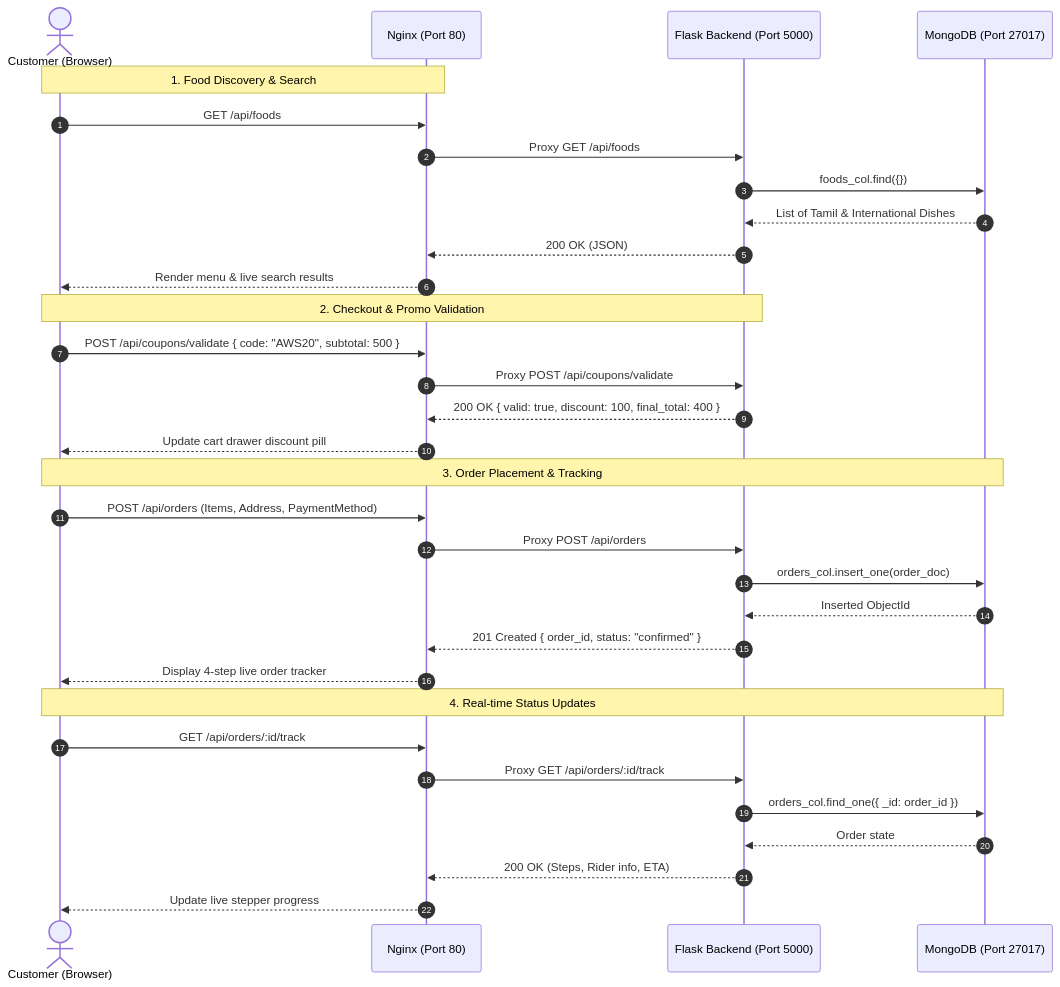
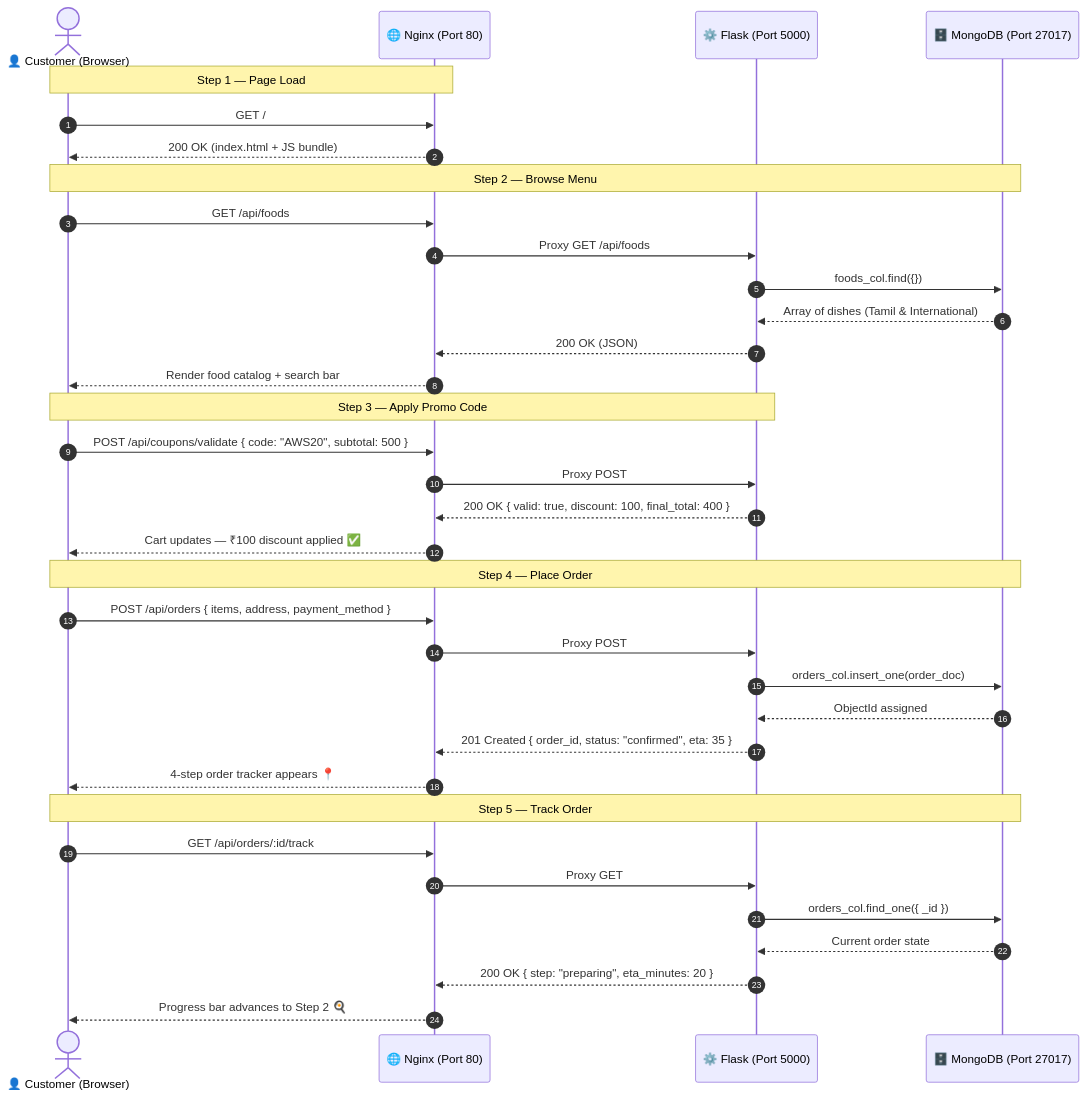
The second of 4 diagrams in SYSTEM_ARCHITECTURE.md (Luffy-44/DevOps_Project), drawn with Mermaid before and after one commit. The commit also changed other lines of this file, not shown here.

Commit message:
docs: rewrite SYSTEM_ARCHITECTURE.md — structured tiers, diagrams, tables, container map

````diff
--- a/SYSTEM_ARCHITECTURE.md
+++ b/SYSTEM_ARCHITECTURE.md
@@ -106,38 +190,42 @@
 ```mermaid
 sequenceDiagram
     autonumber
-    actor User as Customer (Browser)
-    participant Nginx as Nginx (Port 80)
-    participant Flask as Flask Backend (Port 5000)
-    participant Mongo as MongoDB (Port 27017)
+    actor User as 👤 Customer (Browser)
+    participant Nginx as 🌐 Nginx (Port 80)
+    participant Flask as ⚙️ Flask (Port 5000)
+    participant Mongo as 🗄️ MongoDB (Port 27017)
 
-    Note over User,Nginx: 1. Food Discovery & Search
+    Note over User,Nginx: Step 1 — Page Load
+    User->>Nginx: GET /
+    Nginx-->>User: 200 OK (index.html + JS bundle)
+
+    Note over User,Mongo: Step 2 — Browse Menu
     User->>Nginx: GET /api/foods
     Nginx->>Flask: Proxy GET /api/foods
     Flask->>Mongo: foods_col.find({})
-    Mongo-->>Flask: List of Tamil & International Dishes
+    Mongo-->>Flask: Array of dishes (Tamil & International)
     Flask-->>Nginx: 200 OK (JSON)
-    Nginx-->>User: Render menu & live search results
+    Nginx-->>User: Render food catalog + search bar
 
-    Note over User,Flask: 2. Checkout & Promo Validation
+    Note over User,Flask: Step 3 — Apply Promo Code
     User->>Nginx: POST /api/coupons/validate { code: "AWS20", subtotal: 500 }
-    Nginx->>Flask: Proxy POST /api/coupons/validate
+    Nginx->>Flask: Proxy POST
     Flask-->>Nginx: 200 OK { valid: true, discount: 100, final_total: 400 }
-    Nginx-->>User: Update cart drawer discount pill
+    Nginx-->>User: Cart updates — ₹100 discount applied ✅
 
-    Note over User,Mongo: 3. Order Placement & Tracking
-    User->>Nginx: POST /api/orders (Items, Address, PaymentMethod)
-    Nginx->>Flask: Proxy POST /api/orders
+    Note over User,Mongo: Step 4 — Place Order
+    User->>Nginx: POST /api/orders { items, address, payment_method }
+    Nginx->>Flask: Proxy POST
     Flask->>Mongo: orders_col.insert_one(order_doc)
-    Mongo-->>Flask: Inserted ObjectId
-    Flask-->>Nginx: 201 Created { order_id, status: "confirmed" }
-    Nginx-->>User: Display 4-step live order tracker
+    Mongo-->>Flask: ObjectId assigned
+    Flask-->>Nginx: 201 Created { order_id, status: "confirmed", eta: 35 }
+    Nginx-->>User: 4-step order tracker appears 📍
 
-    Note over User,Mongo: 4. Real-time Status Updates
+    Note over User,Mongo: Step 5 — Track Order
     User->>Nginx: GET /api/orders/:id/track
-    Nginx->>Flask: Proxy GET /api/orders/:id/track
-    Flask->>Mongo: orders_col.find_one({ _id: order_id })
-    Mongo-->>Flask: Order state
-    Flask-->>Nginx: 200 OK (Steps, Rider info, ETA)
-    Nginx-->>User: Update live stepper progress
+    Nginx->>Flask: Proxy GET
+    Flask->>Mongo: orders_col.find_one({ _id })
+    Mongo-->>Flask: Current order state
+    Flask-->>Nginx: 200 OK { step: "preparing", eta_minutes: 20 }
+    Nginx-->>User: Progress bar advances to Step 2 🍳
 ```
````
